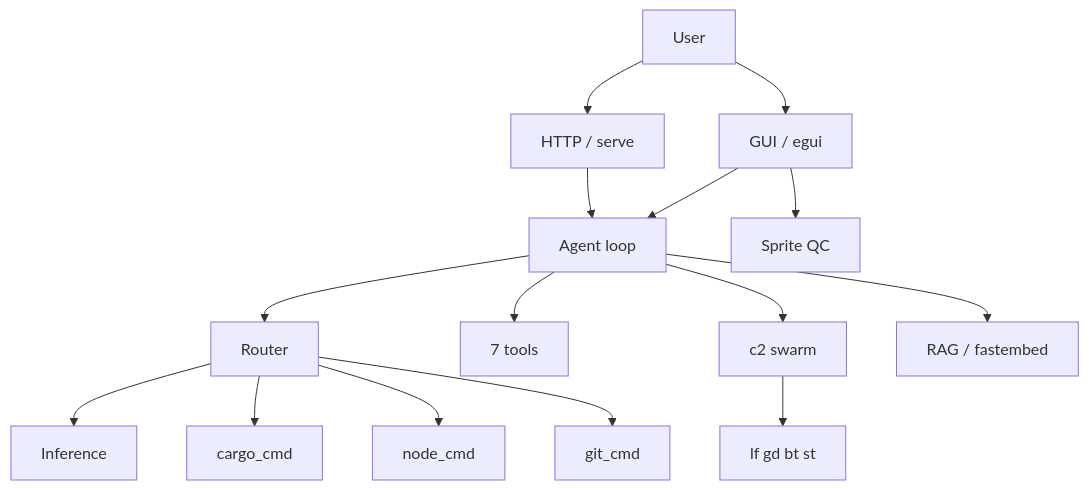
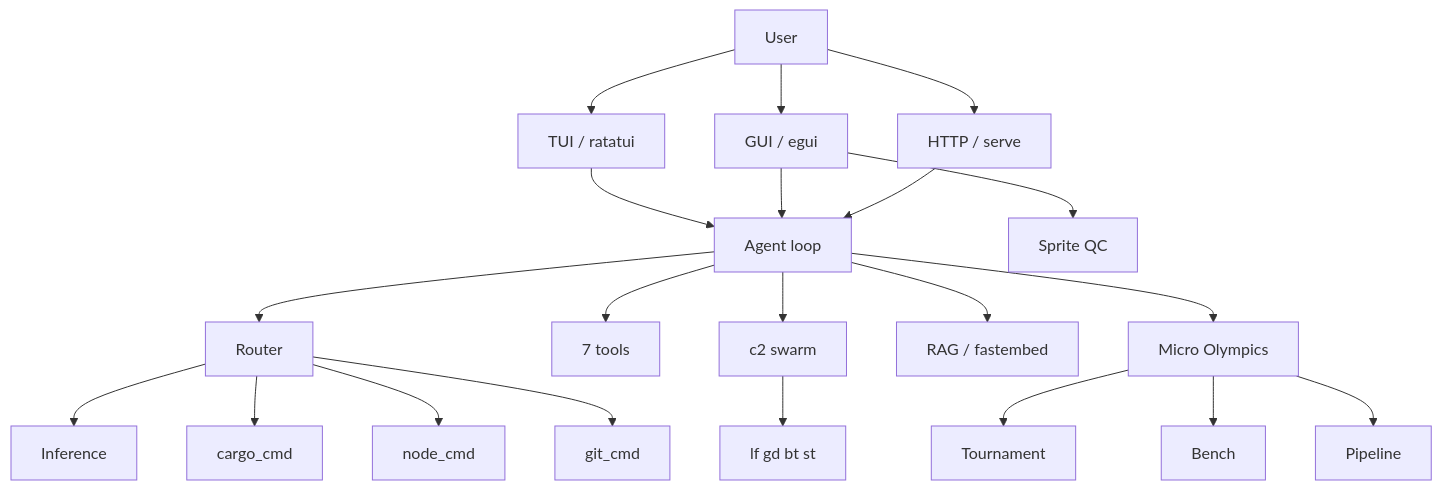
Before and after one commit to cochranblock/kova: the first of 2 diagrams in README.md, drawn with Mermaid. The commit also changed other lines of this file and 2 other files, not shown here.

````diff
--- a/README.md
+++ b/README.md
@@ -15,17 +15,23 @@
 ```mermaid
 flowchart TB
-    User[User] --> GUI[GUI / egui]
+    User[User] --> TUI[TUI / ratatui]
+    User --> GUI[GUI / egui]
     User --> Serve[HTTP / serve]
-    GUI --> AgentLoop[Agent loop]
+    TUI --> AgentLoop[Agent loop]
+    GUI --> AgentLoop
     GUI --> SpriteQC[Sprite QC]
     Serve --> AgentLoop
     AgentLoop --> Router[Router]
     Router --> Infer[Inference]
     Router --> Cargo[cargo_cmd]
     Router --> Node[node_cmd]
     Router --> Git[git_cmd]
     AgentLoop --> Tools[7 tools]
     AgentLoop --> C2[c2 swarm]
     C2 --> Nodes[lf gd bt st]
     AgentLoop --> RAG[RAG / fastembed]
+    AgentLoop --> Micro[Micro Olympics]
+    Micro --> Tournament[Tournament]
+    Micro --> Bench[Bench]
+    Micro --> Pipe[Pipeline]
 ```
````
